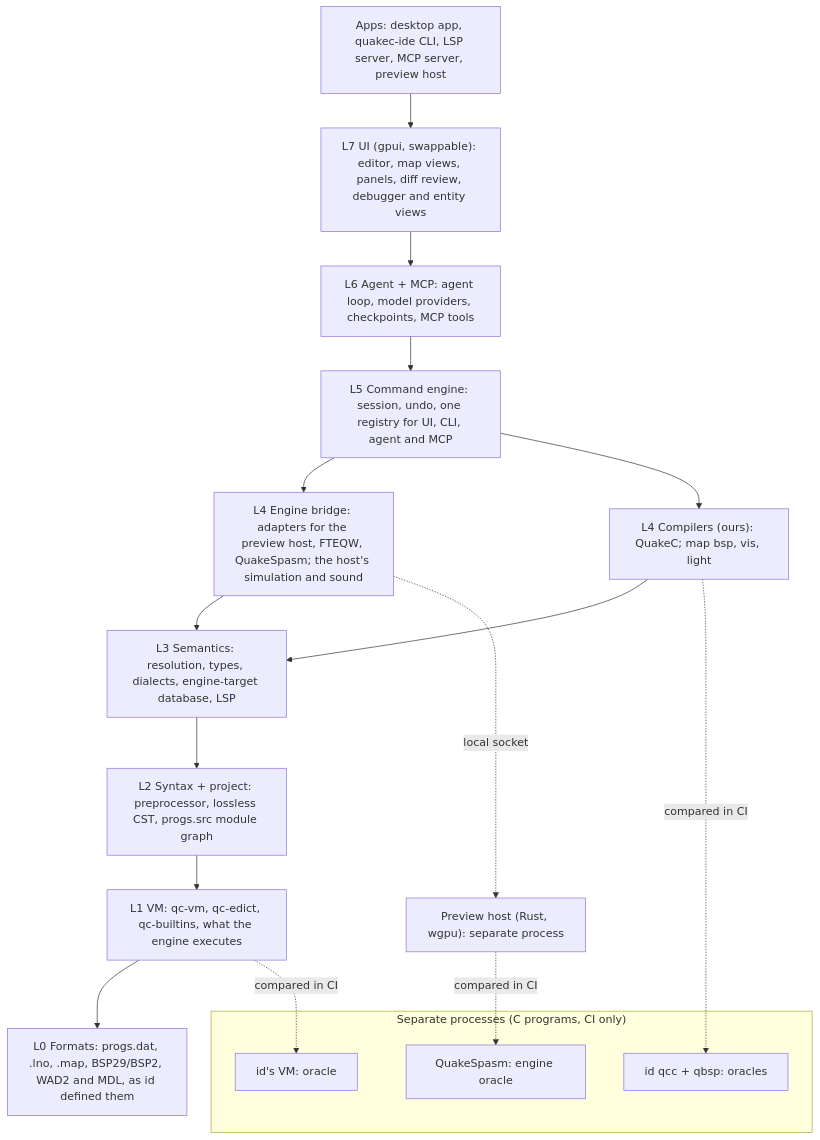
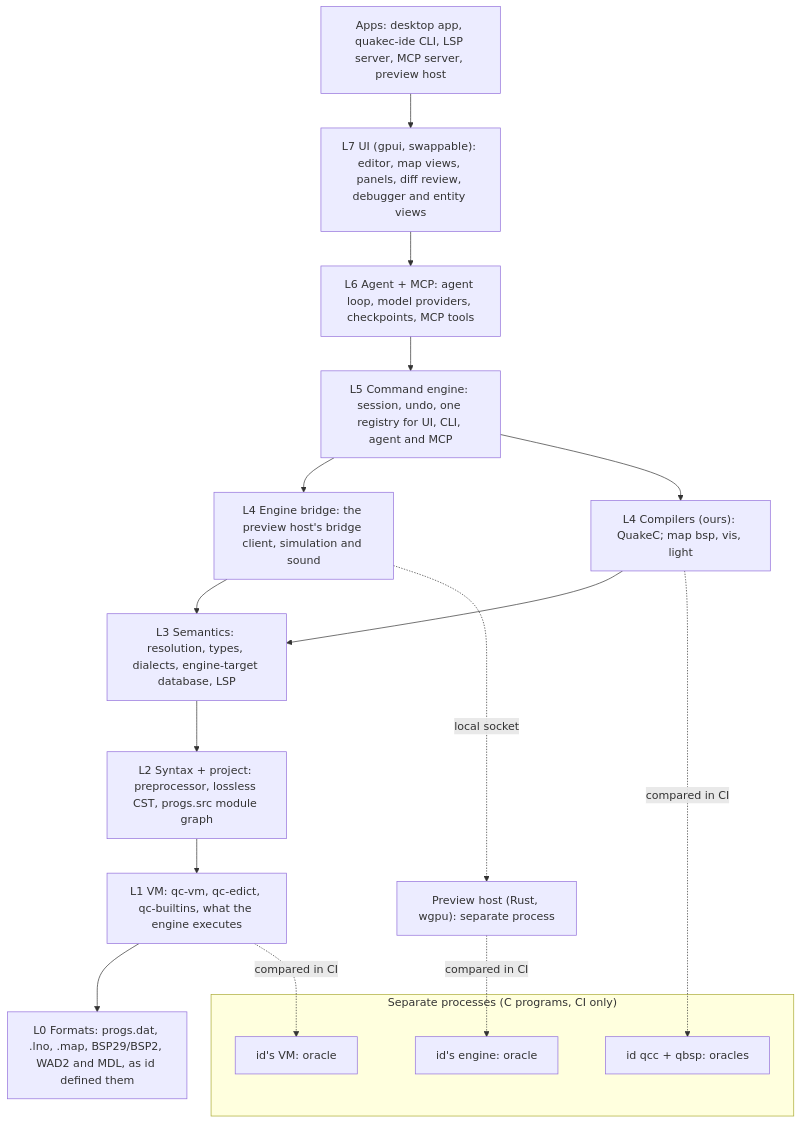
Before and after one commit to quakecstudio/editor: the diagram in docs/design/design-doc.md, drawn with Mermaid. The commit also changed other lines of this file and 21 other files, not shown here.

Commit message:
docs(adr): run only our own preview host, with no outside engines (ADR-0005)

````diff
--- a/docs/design/design-doc.md
+++ b/docs/design/design-doc.md
@@ -92,29 +92,29 @@
 ```mermaid
 flowchart TB
   apps["Apps: desktop app, quakec-ide CLI, LSP server, MCP server, preview host"]
   ui["L7 UI (gpui, swappable): editor, map views, panels, diff review, debugger and entity views"]
   agent["L6 Agent + MCP: agent loop, model providers, checkpoints, MCP tools"]
   cmd["L5 Command engine: session, undo, one registry for UI, CLI, agent and MCP"]
-  eb["L4 Engine bridge: adapters for the preview host, FTEQW, QuakeSpasm; the host's simulation and sound"]
+  eb["L4 Engine bridge: the preview host's bridge client, simulation and sound"]
   cb["L4 Compilers (ours): QuakeC; map bsp, vis, light"]
   sema["L3 Semantics: resolution, types, dialects, engine-target database, LSP"]
   syn["L2 Syntax + project: preprocessor, lossless CST, progs.src module graph"]
   vm["L1 VM: qc-vm, qc-edict, qc-builtins, what the engine executes"]
   fmt["L0 Formats: progs.dat, .lno, .map, BSP29/BSP2, WAD2 and MDL, as id defined them"]
   subgraph gpl["Separate processes (C programs, CI only)"]
     oracles["id qcc + qbsp: oracles"]
-    engine["QuakeSpasm: engine oracle"]
+    engine["id's engine: oracle"]
     idvm["id's VM: oracle"]
   end
   host["Preview host (Rust, wgpu): separate process"]
   apps --> ui --> agent --> cmd
   cmd --> eb
   cmd --> cb
   eb --> sema
   cb --> sema
   sema --> syn --> vm --> fmt
   cb -. compared in CI .-> oracles
   eb -. local socket .-> host
   host -. compared in CI .-> engine
   vm -. compared in CI .-> idvm
 ```
````
